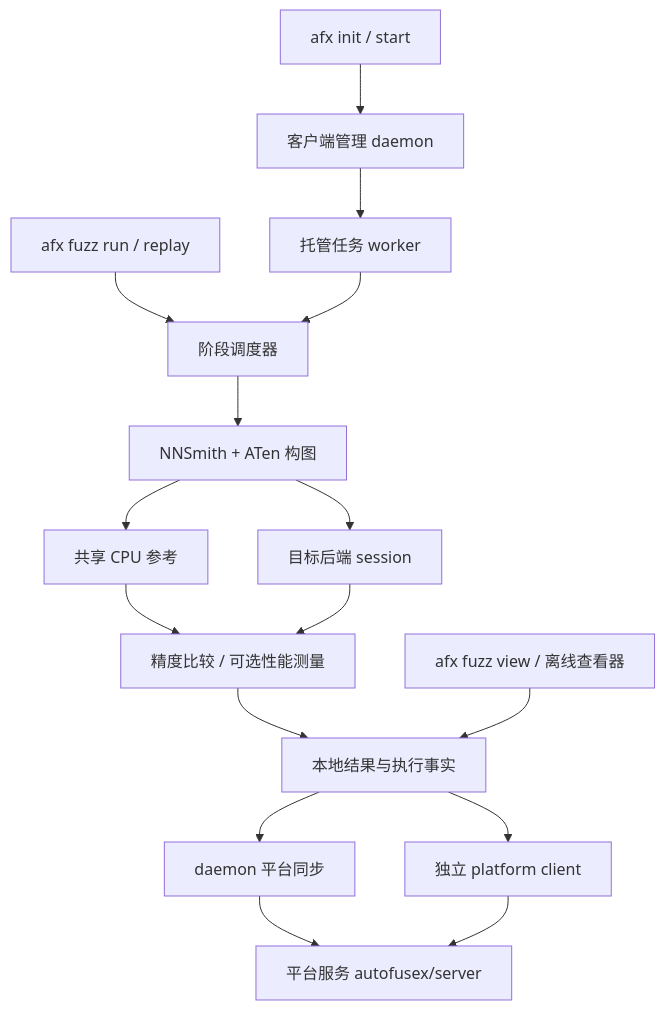
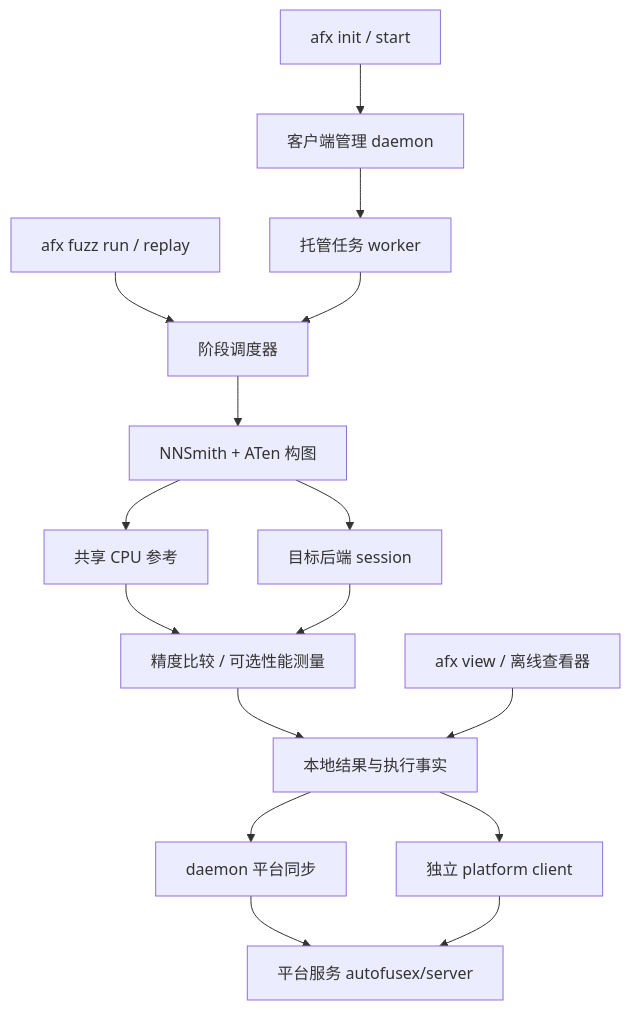
Before and after one commit to Intmanxzx/afx: the diagram in docs/fuzz/fuzz_design.md, drawn with Mermaid. The commit also changed 55 other files, not shown here.

```diff
--- a/docs/fuzz/fuzz_design.md
+++ b/docs/fuzz/fuzz_design.md
@@ -18,18 +18,18 @@
 ~~~mermaid
 flowchart TD
     CLI[afx fuzz run / replay] --> Engine[阶段调度器]
     Entry[afx init / start] --> Manager[客户端管理 daemon]
     Manager --> Run[托管任务 worker]
     Run --> Engine
     Engine --> Gen[NNSmith + ATen 构图]
     Gen --> CPU[共享 CPU 参考]
     Gen --> NPU[目标后端 session]
     CPU --> Compare[精度比较 / 可选性能测量]
     NPU --> Compare
     Compare --> DB[本地结果与执行事实]
     DB --> Sync[daemon 平台同步]
     Sync --> Platform[平台服务 autofusex/server]
     DB --> PlatformClient[独立 platform client]
     PlatformClient --> Platform[平台服务 autofusex/server]
-    View[afx fuzz view / 离线查看器] --> DB
+    View[afx view / 离线查看器] --> DB
 ~~~
```
